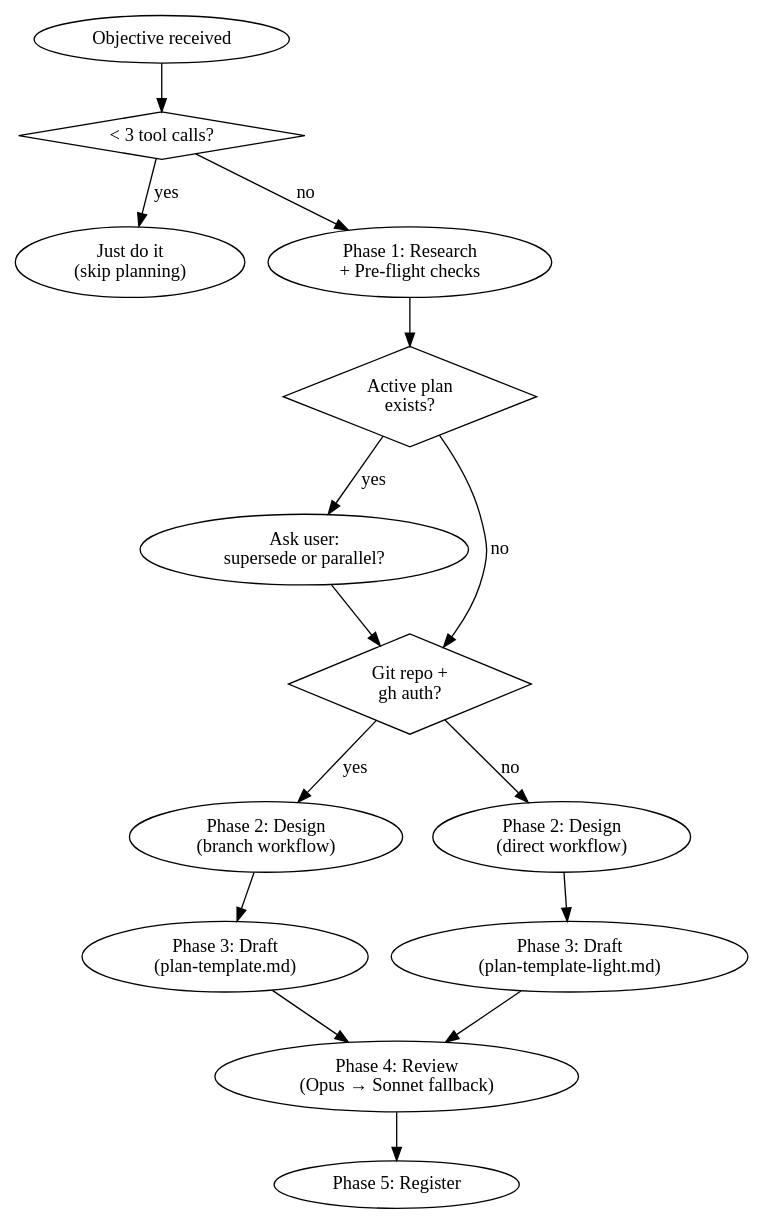
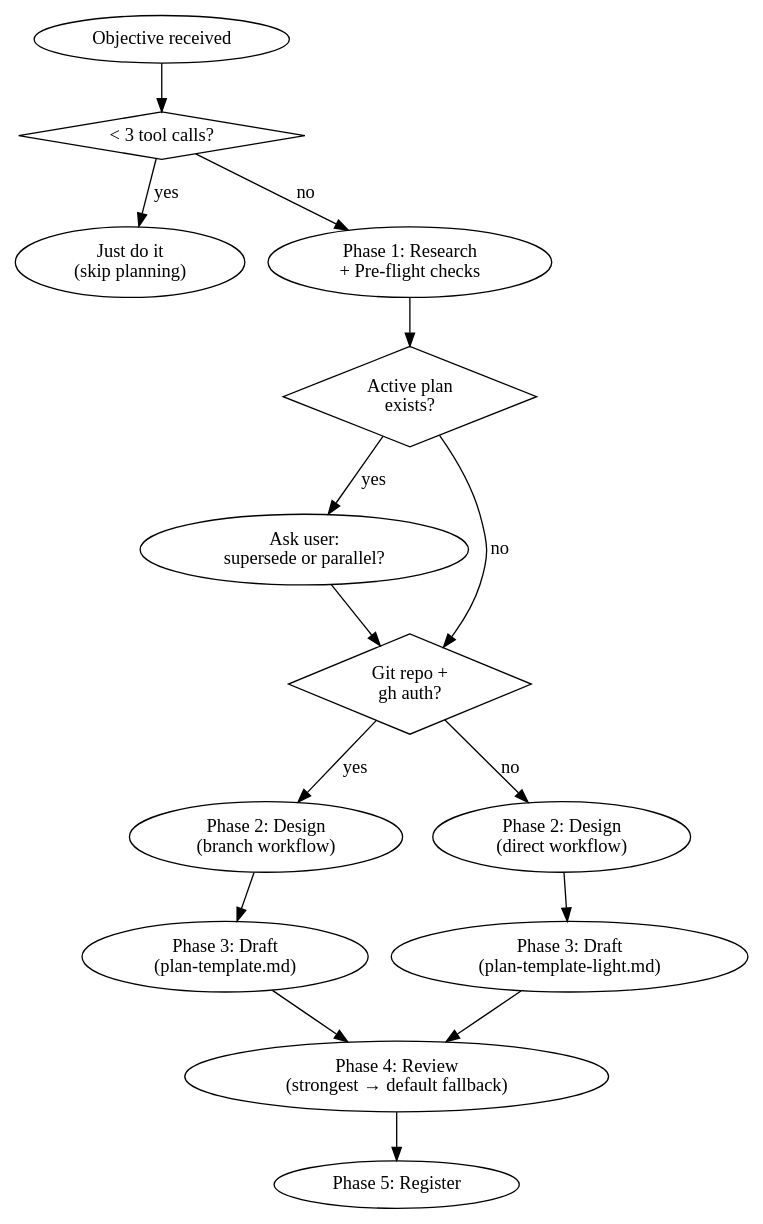
One commit to antbotlab/blueprint changed the diagram in SKILL.md. Above: the diagram before and after it, drawn with Graphviz. The commit also changed other lines of this file and 10 other files, not shown here.

````diff
--- a/SKILL.md
+++ b/SKILL.md
@@ -34,33 +34,33 @@
 ```dot
 digraph blueprint {
   rankdir=TB
   start [label="Objective received"]
   trivial [label="< 3 tool calls?" shape=diamond]
   just_do_it [label="Just do it\n(skip planning)"]
   research [label="Phase 1: Research\n+ Pre-flight checks"]
   conflict [label="Active plan\nexists?" shape=diamond]
   ask_user [label="Ask user:\nsupersede or parallel?"]
   git_check [label="Git repo +\ngh auth?" shape=diamond]
   full [label="Phase 2: Design\n(branch workflow)"]
   direct [label="Phase 2: Design\n(direct workflow)"]
   draft_full [label="Phase 3: Draft\n(plan-template.md)"]
   draft_light [label="Phase 3: Draft\n(plan-template-light.md)"]
-  review [label="Phase 4: Review\n(Opus → Sonnet fallback)"]
+  review [label="Phase 4: Review\n(strongest → default fallback)"]
   register [label="Phase 5: Register"]
 
   start -> trivial
   trivial -> just_do_it [label="yes"]
   trivial -> research [label="no"]
   research -> conflict
   conflict -> ask_user [label="yes"]
   conflict -> git_check [label="no"]
   ask_user -> git_check
   git_check -> full [label="yes"]
   git_check -> direct [label="no"]
   full -> draft_full
   direct -> draft_light
   draft_full -> review
   draft_light -> review
   review -> register
 }
 ```
````
